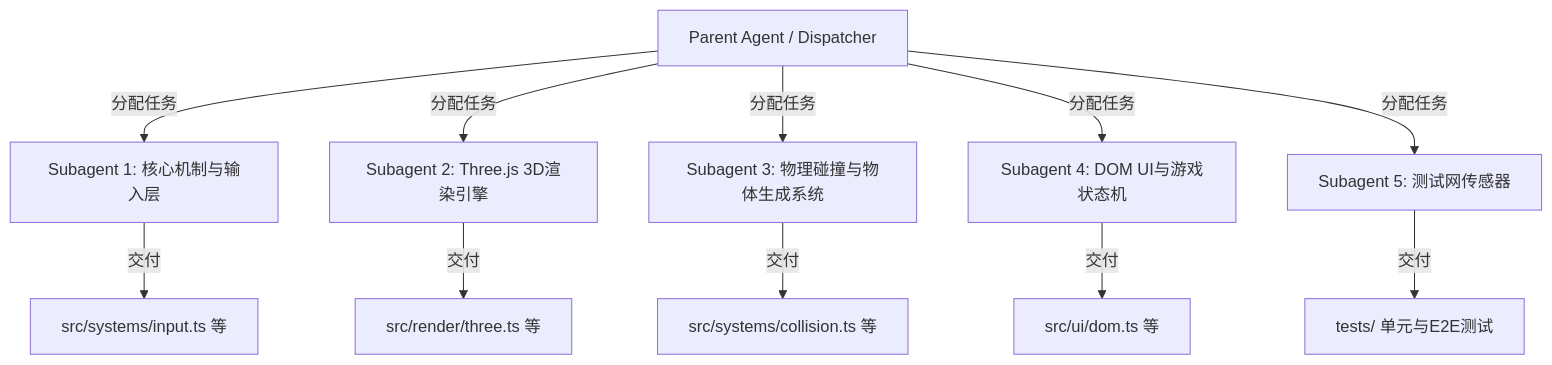
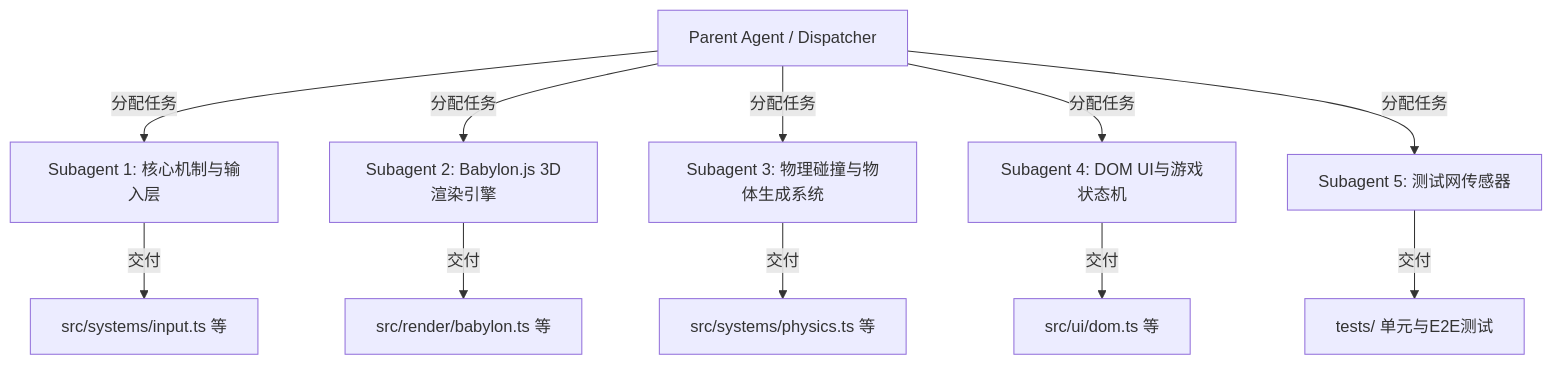
The diagram in AGENTS.md (yboo2049-source/paoku), drawn with Mermaid before and after one commit. The commit also changed other lines of this file and 69 other files, not shown here.

First line of the commit message:
merge: Phase 6 打磨 (V5) — feat/babylon-engine-upgrade

````diff
--- a/AGENTS.md
+++ b/AGENTS.md
@@ -26,14 +31,14 @@
 ```mermaid
 graph TD
     Parent[Parent Agent / Dispatcher] -->|分配任务| Sub1[Subagent 1: 核心机制与输入层]
-    Parent -->|分配任务| Sub2[Subagent 2: Three.js 3D渲染引擎]
+    Parent -->|分配任务| Sub2[Subagent 2: Babylon.js 3D渲染引擎]
     Parent -->|分配任务| Sub3[Subagent 3: 物理碰撞与物体生成系统]
     Parent -->|分配任务| Sub4[Subagent 4: DOM UI与游戏状态机]
     Parent -->|分配任务| Sub5[Subagent 5: 测试网传感器]
     
     Sub1 -->|交付| CoreLogic[src/systems/input.ts 等]
-    Sub2 -->|交付| RenderEngine[src/render/three.ts 等]
-    Sub3 -->|交付| Physics[src/systems/collision.ts 等]
+    Sub2 -->|交付| RenderEngine[src/render/babylon.ts 等]
+    Sub3 -->|交付| Physics[src/systems/physics.ts 等]
     Sub4 -->|交付| UIState[src/ui/dom.ts 等]
     Sub5 -->|交付| Testers[tests/ 单元与E2E测试]
 ```
````
